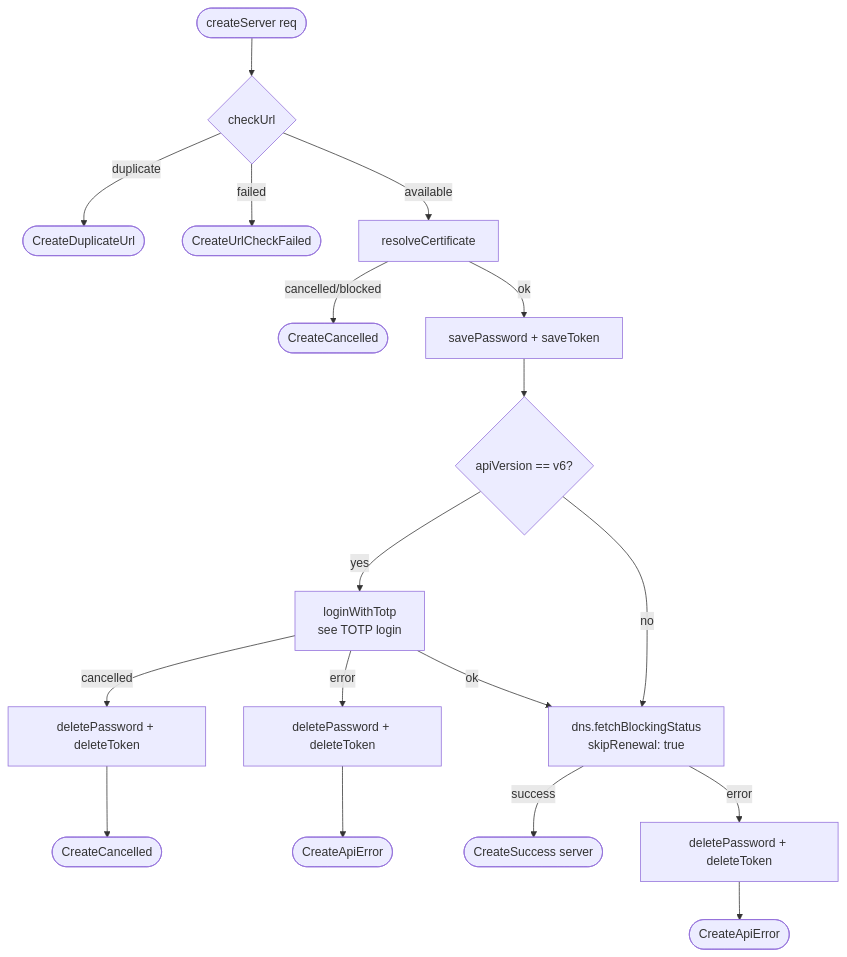
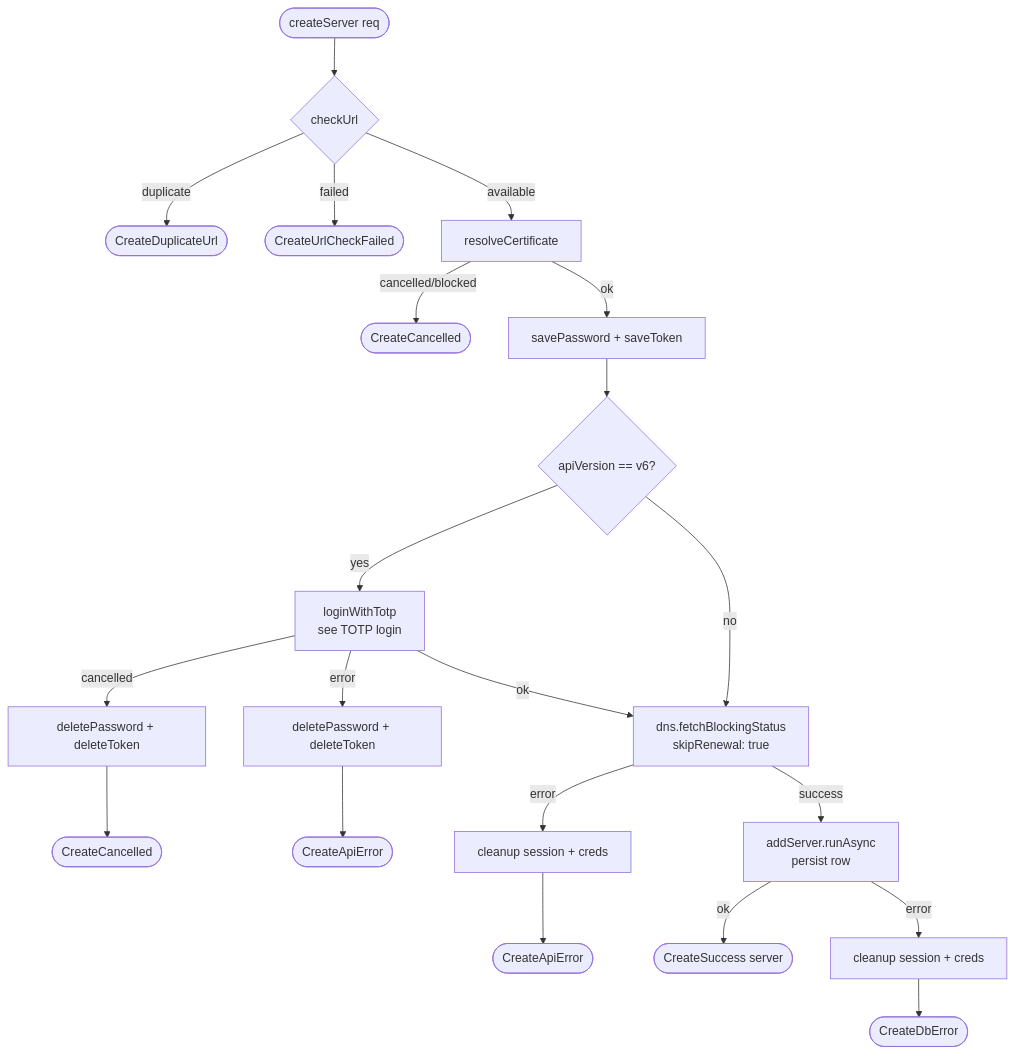
One commit to tsutsu3/pi-hole-client changed the second of 8 diagrams in docs/server-connection-flow.md. Above: the diagram before and after it, drawn with Mermaid. The commit also changed other lines of this file and 10 other files, not shown here.

Commit message:
fix(server): cleanup on failure paths (#652)

````diff
--- a/docs/server-connection-flow.md
+++ b/docs/server-connection-flow.md
@@ -38,17 +38,19 @@
 ```mermaid
 flowchart TD
   A([createServer req]) --> B{checkUrl}
   B -- duplicate --> BD([CreateDuplicateUrl])
   B -- failed --> BF([CreateUrlCheckFailed])
   B -- available --> D[resolveCertificate]
   D -- cancelled/blocked --> DX([CreateCancelled])
   D -- ok --> C[savePassword + saveToken]
   C --> E{apiVersion == v6?}
   E -- yes --> F[loginWithTotp<br/>see TOTP login]
   F -- cancelled --> FC[deletePassword + deleteToken] --> FX([CreateCancelled])
   F -- error --> G[deletePassword + deleteToken] --> H([CreateApiError])
   F -- ok --> I[dns.fetchBlockingStatus<br/>skipRenewal: true]
   E -- no --> I
-  I -- success --> J([CreateSuccess server])
-  I -- error --> K[deletePassword + deleteToken] --> L([CreateApiError])
+  I -- success --> M[addServer.runAsync<br/>persist row]
+  I -- error --> K[cleanup session + creds] --> L([CreateApiError])
+  M -- ok --> J([CreateSuccess server])
+  M -- error --> N[cleanup session + creds] --> DB([CreateDbError])
 ```
````
